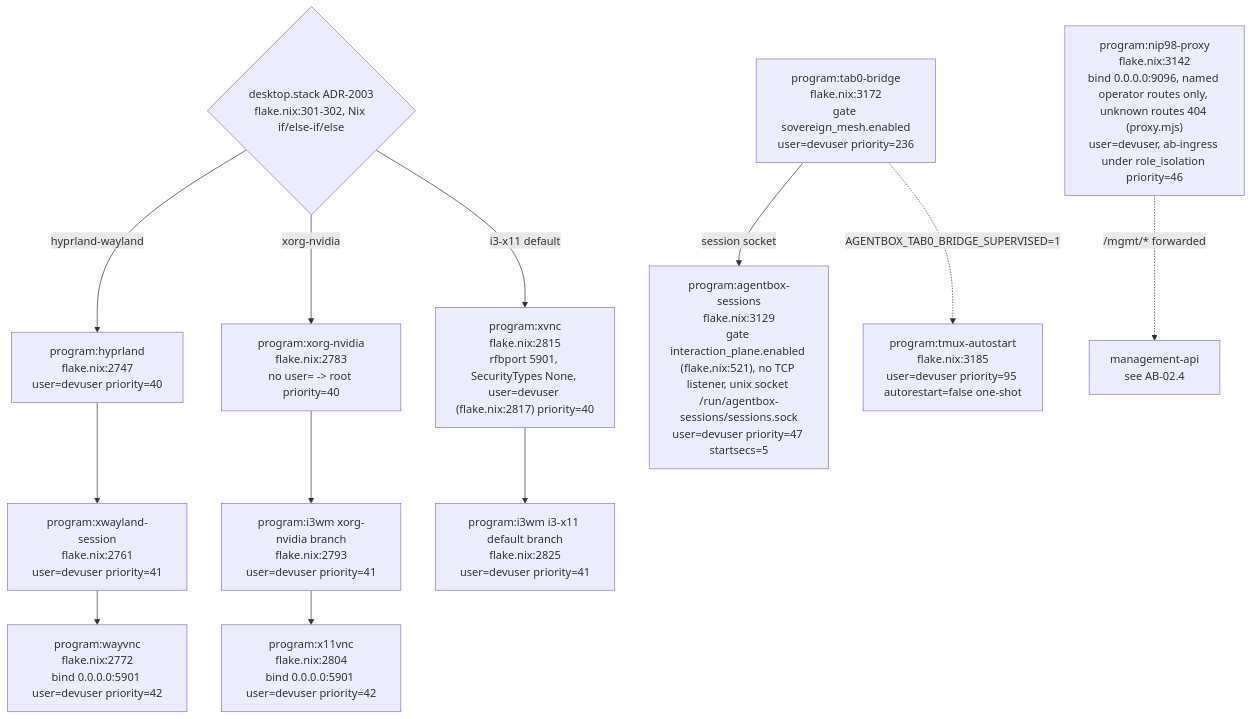
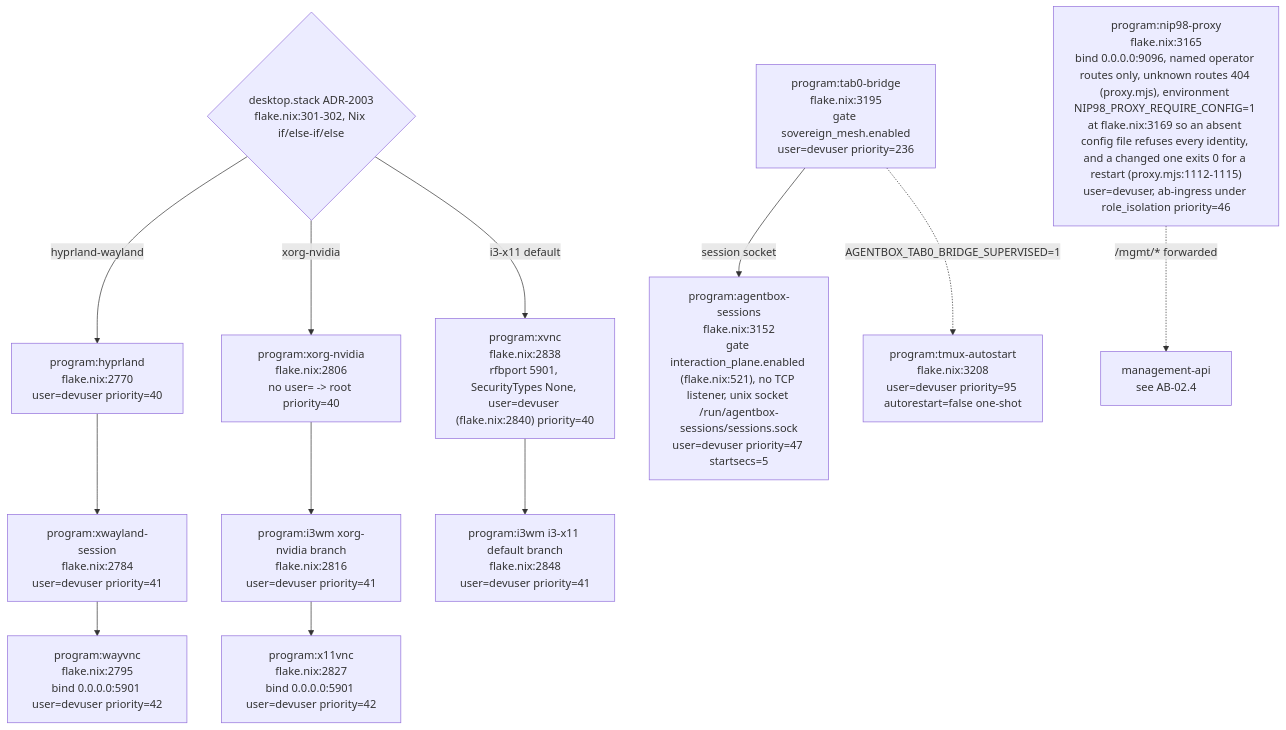
One commit to DreamLab-AI/VisionFlow changed the sixth of 21 diagrams in docs/diagrams/agentbox/02-boot-sequence-and-readiness.md. Above: the diagram before and after it, drawn with Mermaid. The commit also changed other lines of this file and 8 other files, not shown here.

First line of the commit message:
docs(diagrams): re-verify the NIP-98 proxy topics and the custody counts at agentbox 0693c761c (VF-DIAGRAM-NIP98-DRIFT)

````diff
--- a/docs/diagrams/agentbox/02-boot-sequence-and-readiness.md
+++ b/docs/diagrams/agentbox/02-boot-sequence-and-readiness.md
@@ -336,23 +339,23 @@
 ```mermaid
 flowchart TB
     GATESTACK{"desktop.stack ADR-2003<br/>flake.nix:301-302, Nix if/else-if/else"}
-    HYPR["program:hyprland<br/>flake.nix:2747<br/>user=devuser priority=40"]
-    XWAY["program:xwayland-session<br/>flake.nix:2761<br/>user=devuser priority=41"]
-    WAYVNC["program:wayvnc<br/>flake.nix:2772<br/>bind 0.0.0.0:5901 user=devuser priority=42"]
-    XORG["program:xorg-nvidia<br/>flake.nix:2783<br/>no user= -&gt; root priority=40"]
-    I3A["program:i3wm xorg-nvidia branch<br/>flake.nix:2793<br/>user=devuser priority=41"]
-    X11VNC["program:x11vnc<br/>flake.nix:2804<br/>bind 0.0.0.0:5901 user=devuser priority=42"]
-    XVNC["program:xvnc<br/>flake.nix:2815<br/>rfbport 5901, SecurityTypes None, user=devuser (flake.nix:2817) priority=40"]
-    I3B["program:i3wm i3-x11 default branch<br/>flake.nix:2825<br/>user=devuser priority=41"]
-    SESS["program:agentbox-sessions<br/>flake.nix:3129<br/>gate interaction_plane.enabled (flake.nix:521), no TCP listener, unix socket /run/agentbox-sessions/sessions.sock<br/>user=devuser priority=47 startsecs=5"]
-    NIP98["program:nip98-proxy<br/>flake.nix:3142<br/>bind 0.0.0.0:9096, named operator routes only, unknown routes 404 (proxy.mjs)<br/>user=devuser, ab-ingress under role_isolation priority=46"]
-    TAB0["program:tab0-bridge<br/>flake.nix:3172<br/>gate sovereign_mesh.enabled<br/>user=devuser priority=236"]
-    TMUX["program:tmux-autostart<br/>flake.nix:3185<br/>user=devuser priority=95 autorestart=false one-shot"]
+    HYPR["program:hyprland<br/>flake.nix:2770<br/>user=devuser priority=40"]
+    XWAY["program:xwayland-session<br/>flake.nix:2784<br/>user=devuser priority=41"]
+    WAYVNC["program:wayvnc<br/>flake.nix:2795<br/>bind 0.0.0.0:5901 user=devuser priority=42"]
+    XORG["program:xorg-nvidia<br/>flake.nix:2806<br/>no user= -&gt; root priority=40"]
+    I3A["program:i3wm xorg-nvidia branch<br/>flake.nix:2816<br/>user=devuser priority=41"]
+    X11VNC["program:x11vnc<br/>flake.nix:2827<br/>bind 0.0.0.0:5901 user=devuser priority=42"]
+    XVNC["program:xvnc<br/>flake.nix:2838<br/>rfbport 5901, SecurityTypes None, user=devuser (flake.nix:2840) priority=40"]
+    I3B["program:i3wm i3-x11 default branch<br/>flake.nix:2848<br/>user=devuser priority=41"]
+    SESS["program:agentbox-sessions<br/>flake.nix:3152<br/>gate interaction_plane.enabled (flake.nix:521), no TCP listener, unix socket /run/agentbox-sessions/sessions.sock<br/>user=devuser priority=47 startsecs=5"]
+    NIP98["program:nip98-proxy<br/>flake.nix:3165<br/>bind 0.0.0.0:9096, named operator routes only, unknown routes 404 (proxy.mjs), environment NIP98_PROXY_REQUIRE_CONFIG=1 at flake.nix:3169 so an absent config file refuses every identity, and a changed one exits 0 for a restart (proxy.mjs:1112-1115)<br/>user=devuser, ab-ingress under role_isolation priority=46"]
+    TAB0["program:tab0-bridge<br/>flake.nix:3195<br/>gate sovereign_mesh.enabled<br/>user=devuser priority=236"]
+    TMUX["program:tmux-autostart<br/>flake.nix:3208<br/>user=devuser priority=95 autorestart=false one-shot"]
 
     GATESTACK -->|"hyprland-wayland"| HYPR --> XWAY --> WAYVNC
     GATESTACK -->|"xorg-nvidia"| XORG --> I3A --> X11VNC
     GATESTACK -->|"i3-x11 default"| XVNC --> I3B
     TAB0 -->|"session socket"| SESS
     NIP98 -.->|"/mgmt/* forwarded"| MGMTREF["management-api<br/>see AB-02.4"]
     TAB0 -.->|"AGENTBOX_TAB0_BRIDGE_SUPERVISED=1"| TMUX
 ```
````
